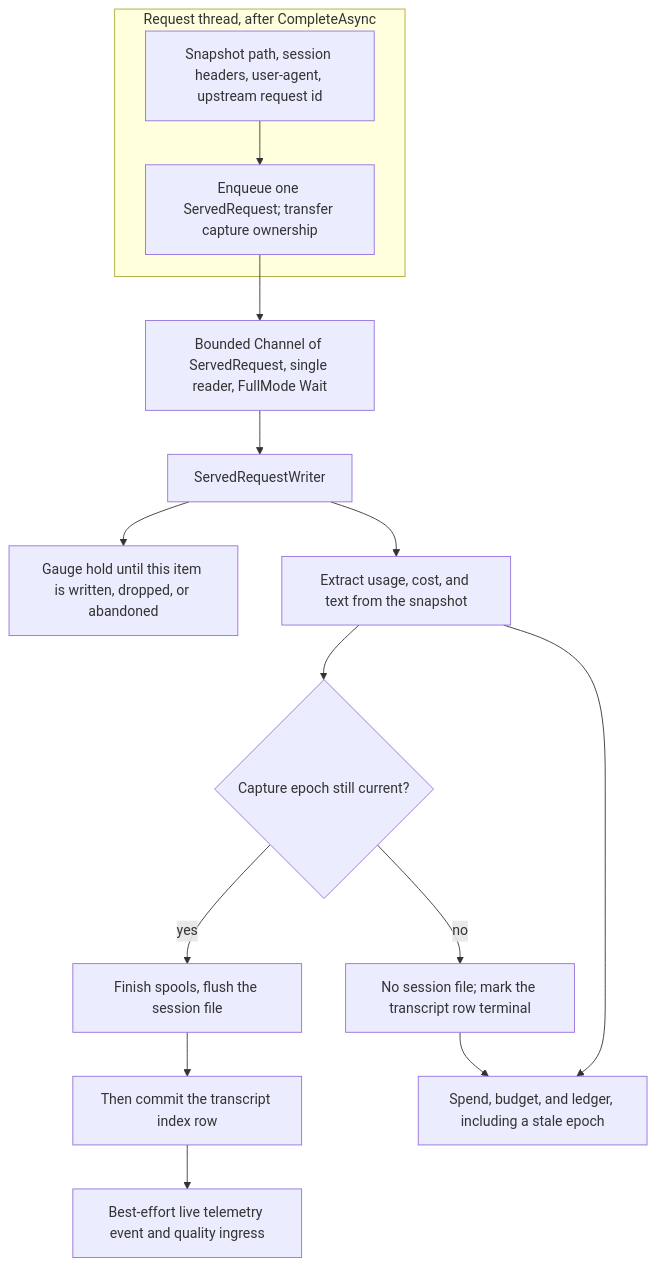
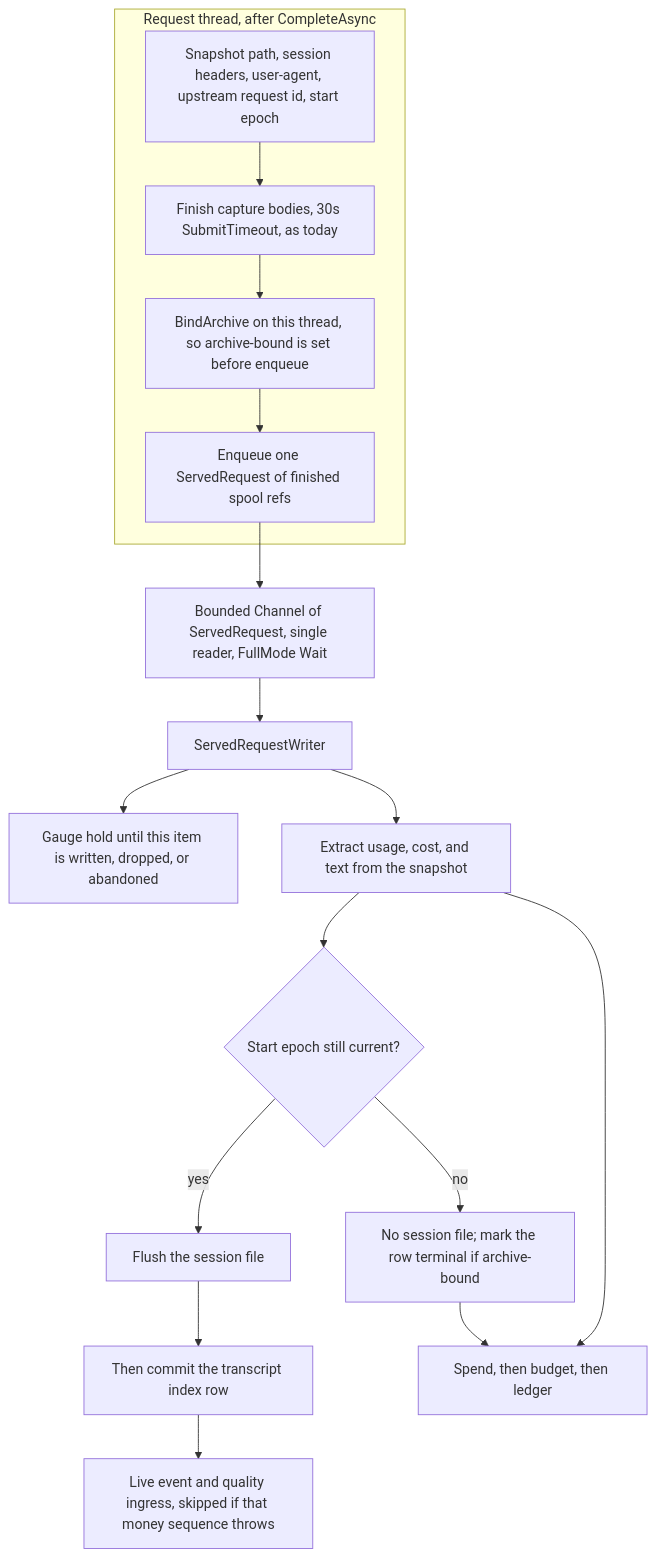
One commit to davidpizon/TotallyHot-ArcRouter changed the second of 2 diagrams in docs/plans/issue-315-docs-code-reconciliation.md. Above: the diagram before and after it, drawn with Mermaid. The commit also changed other lines of this file, not shown here.

````diff
--- a/docs/plans/issue-315-docs-code-reconciliation.md
+++ b/docs/plans/issue-315-docs-code-reconciliation.md
@@ -461,19 +467,21 @@
 ```mermaid
 flowchart TB
   subgraph req["Request thread, after CompleteAsync"]
-    Snap["Snapshot path, session headers, user-agent, upstream request id"]
-    Enq["Enqueue one ServedRequest; transfer capture ownership"]
+    Snap["Snapshot path, session headers, user-agent, upstream request id, start epoch"]
+    Fin["Finish capture bodies, 30s SubmitTimeout, as today"]
+    Bind["BindArchive on this thread, so archive-bound is set before enqueue"]
+    Enq["Enqueue one ServedRequest of finished spool refs"]
   end
-  Snap --> Enq
+  Snap --> Fin --> Bind --> Enq
   Enq --> Ch["Bounded Channel of ServedRequest, single reader, FullMode Wait"]
   Ch --> W["ServedRequestWriter"]
   W --> Gauge["Gauge hold until this item is written, dropped, or abandoned"]
   W --> Ex["Extract usage, cost, and text from the snapshot"]
-  Ex --> Epoch{"Capture epoch still current?"}
-  Epoch -->|yes| File["Finish spools, flush the session file"]
+  Ex --> Epoch{"Start epoch still current?"}
+  Epoch -->|yes| File["Flush the session file"]
   File --> Index["Then commit the transcript index row"]
-  Epoch -->|no| NoFile["No session file; mark the transcript row terminal"]
-  Ex --> Money["Spend, budget, and ledger, including a stale epoch"]
-  Index --> Live["Best-effort live telemetry event and quality ingress"]
+  Epoch -->|no| NoFile["No session file; mark the row terminal if archive-bound"]
+  Ex --> Money["Spend, then budget, then ledger"]
+  Index --> Live["Live event and quality ingress, skipped if that money sequence throws"]
   NoFile --> Money
 ```
````
